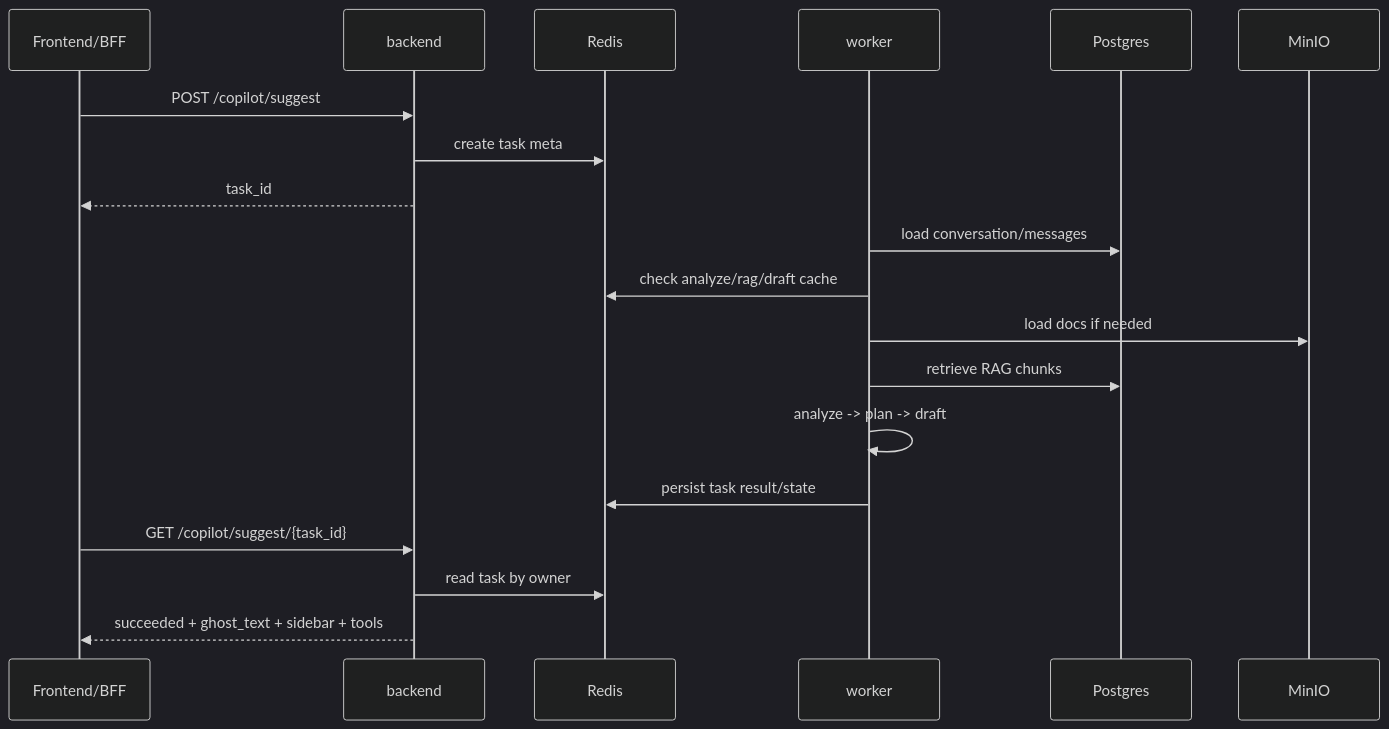
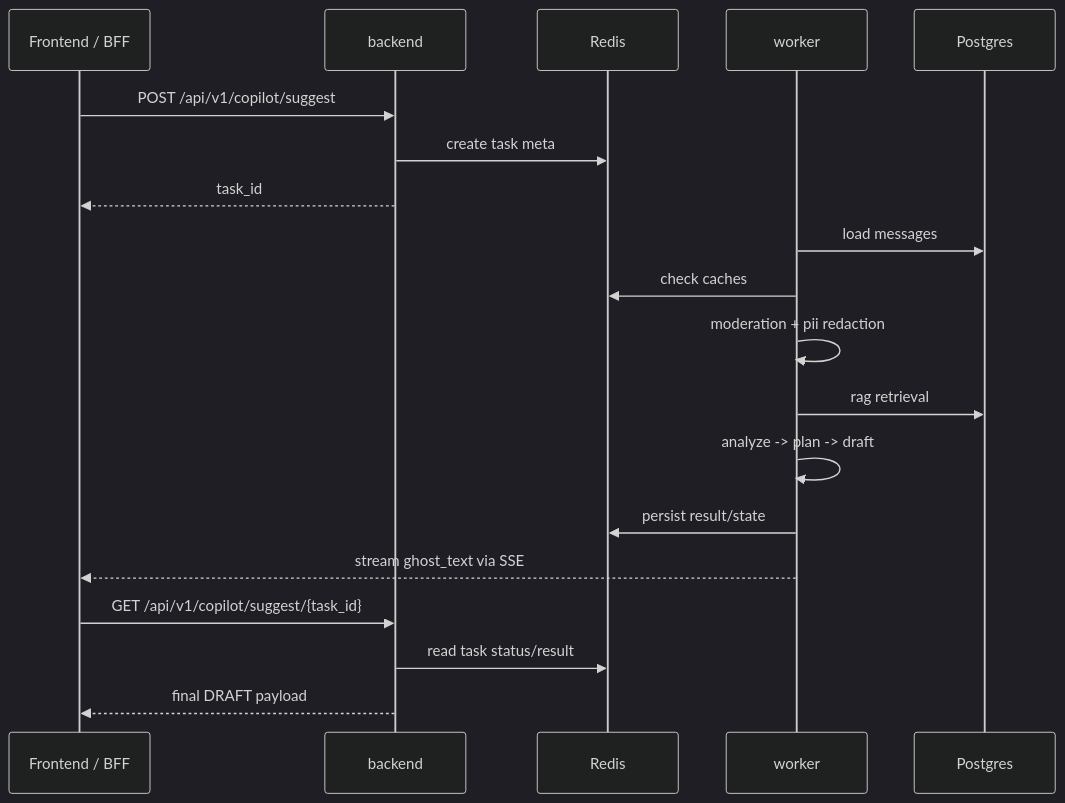
Before and after one commit to Lin-Lini/llm-copilot-bank-mvp: the second of 3 diagrams in README.md, drawn with Mermaid (dark theme). The commit also changed other lines of this file and 89 other files, not shown here.

````diff
--- a/README.md
+++ b/README.md
@@ -107,24 +106,24 @@
 ```mermaid
 sequenceDiagram
-    participant UI as Frontend/BFF
+    participant UI as Frontend / BFF
     participant BE as backend
     participant RD as Redis
     participant WRK as worker
     participant PG as Postgres
-    participant MN as MinIO
 
-    UI->>BE: POST /copilot/suggest
+    UI->>BE: POST /api/v1/copilot/suggest
     BE->>RD: create task meta
     BE-->>UI: task_id
 
-    WRK->>PG: load conversation/messages
-    WRK->>RD: check analyze/rag/draft cache
-    WRK->>MN: load docs if needed
-    WRK->>PG: retrieve RAG chunks
+    WRK->>PG: load messages
+    WRK->>RD: check caches
+    WRK->>WRK: moderation + pii redaction
+    WRK->>PG: rag retrieval
     WRK->>WRK: analyze -> plan -> draft
-    WRK->>RD: persist task result/state
+    WRK->>RD: persist result/state
+    WRK-->>UI: stream ghost_text via SSE
 
-    UI->>BE: GET /copilot/suggest/{task_id}
-    BE->>RD: read task by owner
-    BE-->>UI: succeeded + ghost_text + sidebar + tools
+    UI->>BE: GET /api/v1/copilot/suggest/{task_id}
+    BE->>RD: read task status/result
+    BE-->>UI: final DRAFT payload
 ```
````
